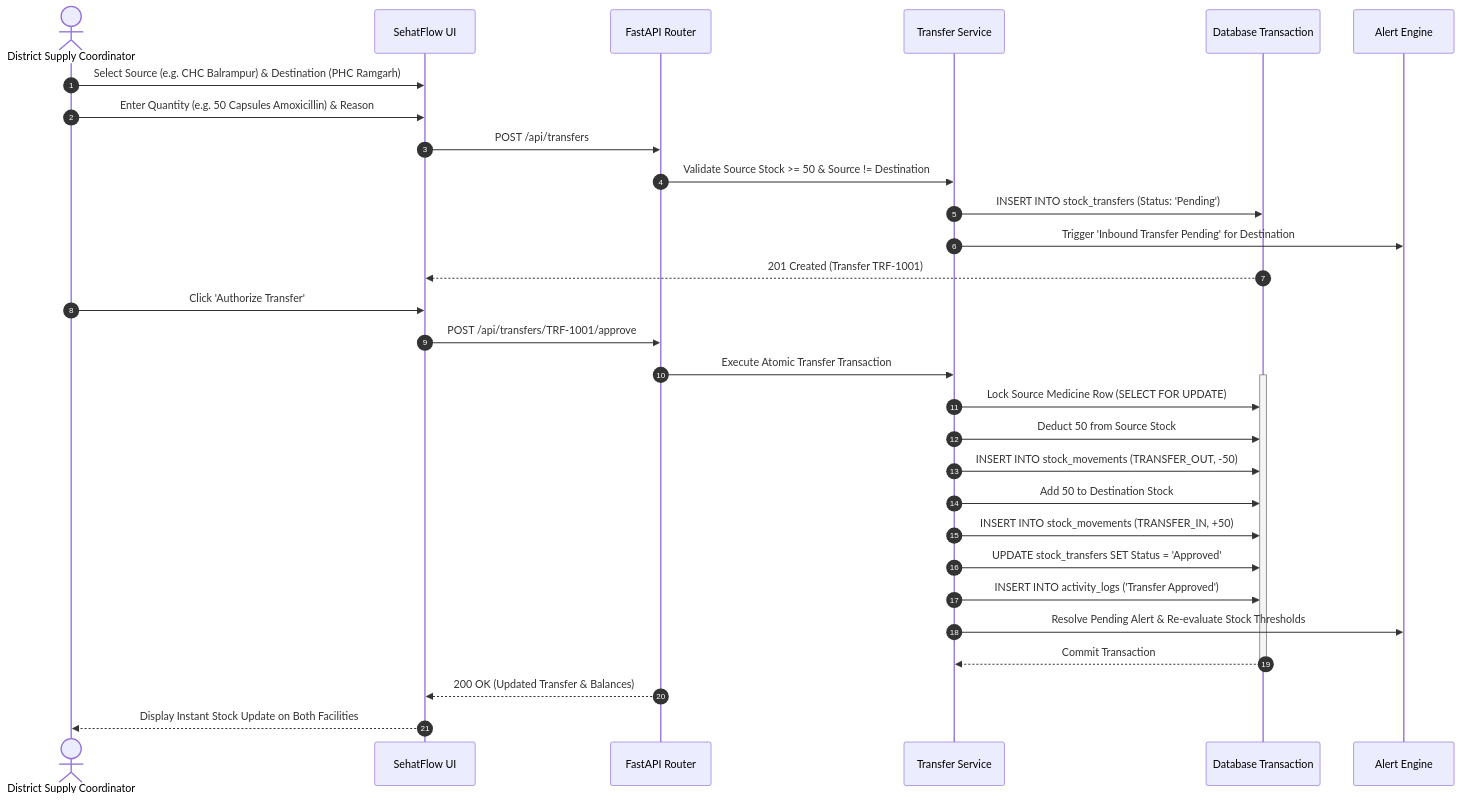
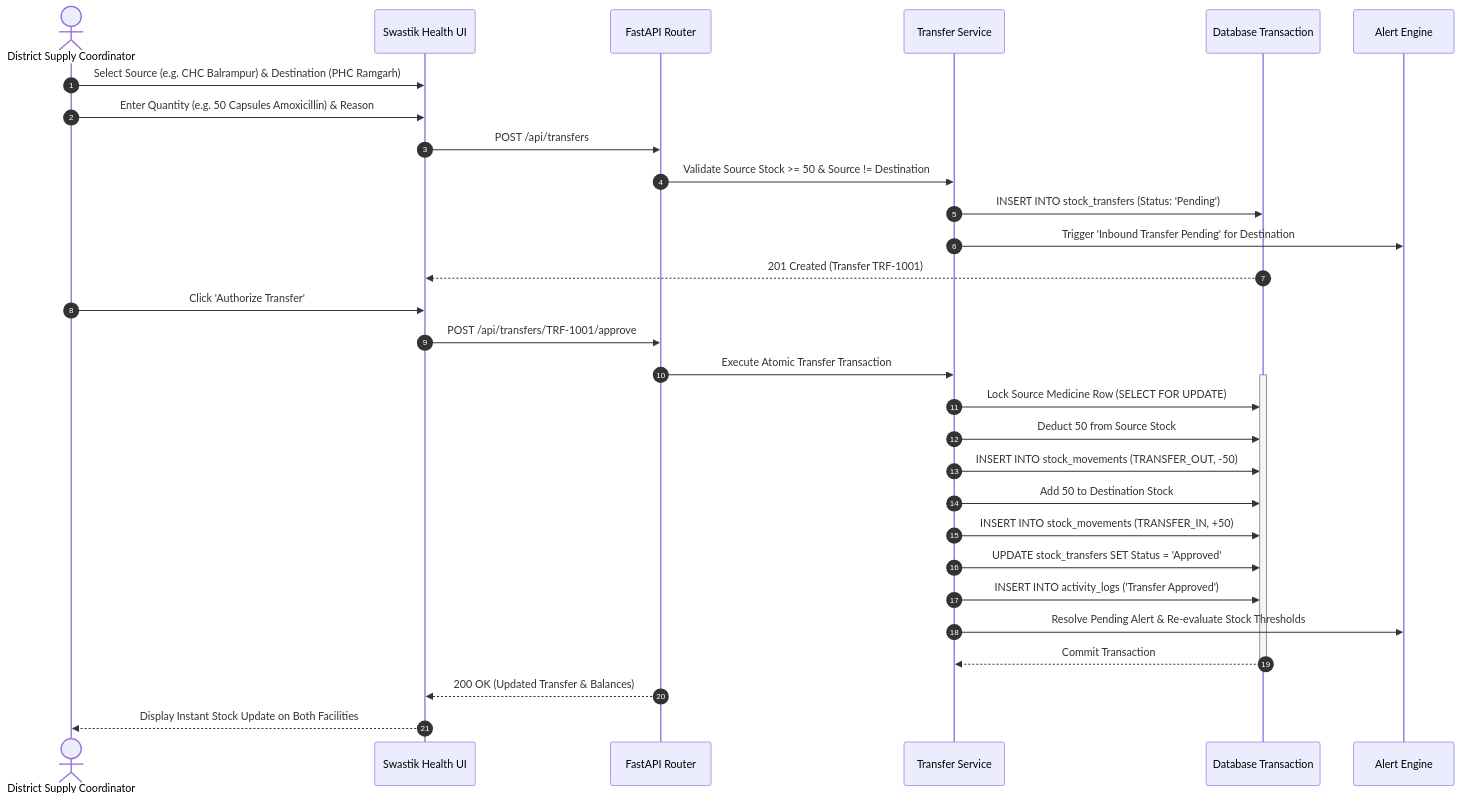
One commit to pawanprakharjain-code/swastik-health changed the second of 3 diagrams in docs/architecture.md. Above: the diagram before and after it, drawn with Mermaid. The commit also changed other lines of this file and 21 other files, not shown here.

Commit message:
feat: update branding to Swastik Health and add Google Cloud Run deployment configuration

````diff
--- a/docs/architecture.md
+++ b/docs/architecture.md
@@ -60,35 +60,35 @@
 ```mermaid
 sequenceDiagram
     autonumber
     actor Officer as District Supply Coordinator
-    participant Web as SehatFlow UI
+    participant Web as Swastik Health UI
     participant API as FastAPI Router
     participant CRUD as Transfer Service
     participant DB as Database Transaction
     participant Alerts as Alert Engine
 
     Officer->>Web: Select Source (e.g. CHC Balrampur) & Destination (PHC Ramgarh)
     Officer->>Web: Enter Quantity (e.g. 50 Capsules Amoxicillin) & Reason
     Web->>API: POST /api/transfers
     API->>CRUD: Validate Source Stock >= 50 & Source != Destination
     CRUD->>DB: INSERT INTO stock_transfers (Status: 'Pending')
     CRUD->>Alerts: Trigger 'Inbound Transfer Pending' for Destination
     DB-->>Web: 201 Created (Transfer TRF-1001)
 
     Officer->>Web: Click 'Authorize Transfer'
     Web->>API: POST /api/transfers/TRF-1001/approve
     API->>CRUD: Execute Atomic Transfer Transaction
     activate DB
     CRUD->>DB: Lock Source Medicine Row (SELECT FOR UPDATE)
     CRUD->>DB: Deduct 50 from Source Stock
     CRUD->>DB: INSERT INTO stock_movements (TRANSFER_OUT, -50)
     CRUD->>DB: Add 50 to Destination Stock
     CRUD->>DB: INSERT INTO stock_movements (TRANSFER_IN, +50)
     CRUD->>DB: UPDATE stock_transfers SET Status = 'Approved'
     CRUD->>DB: INSERT INTO activity_logs ('Transfer Approved')
     CRUD->>Alerts: Resolve Pending Alert & Re-evaluate Stock Thresholds
     DB-->>CRUD: Commit Transaction
     deactivate DB
     API-->>Web: 200 OK (Updated Transfer & Balances)
     Web-->>Officer: Display Instant Stock Update on Both Facilities
 ```
````
